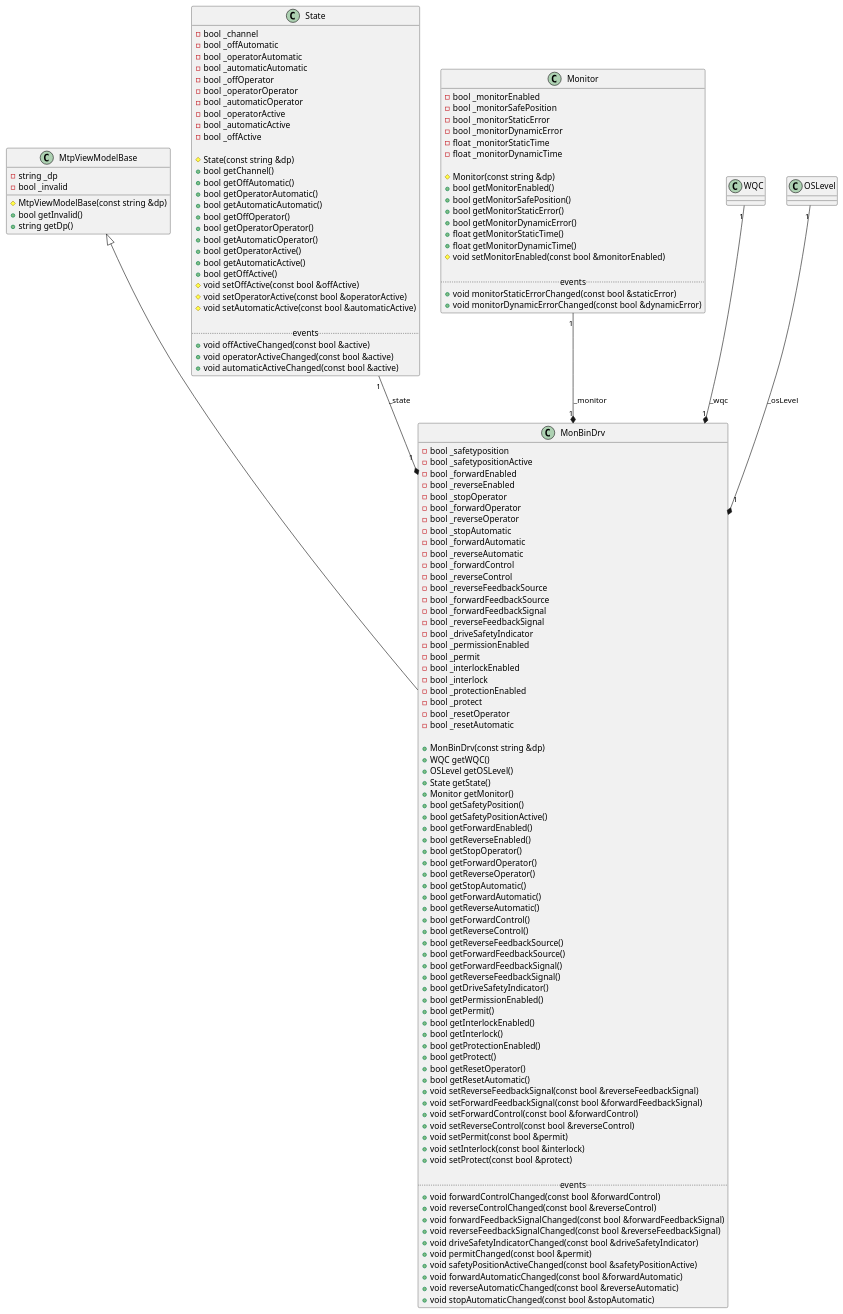
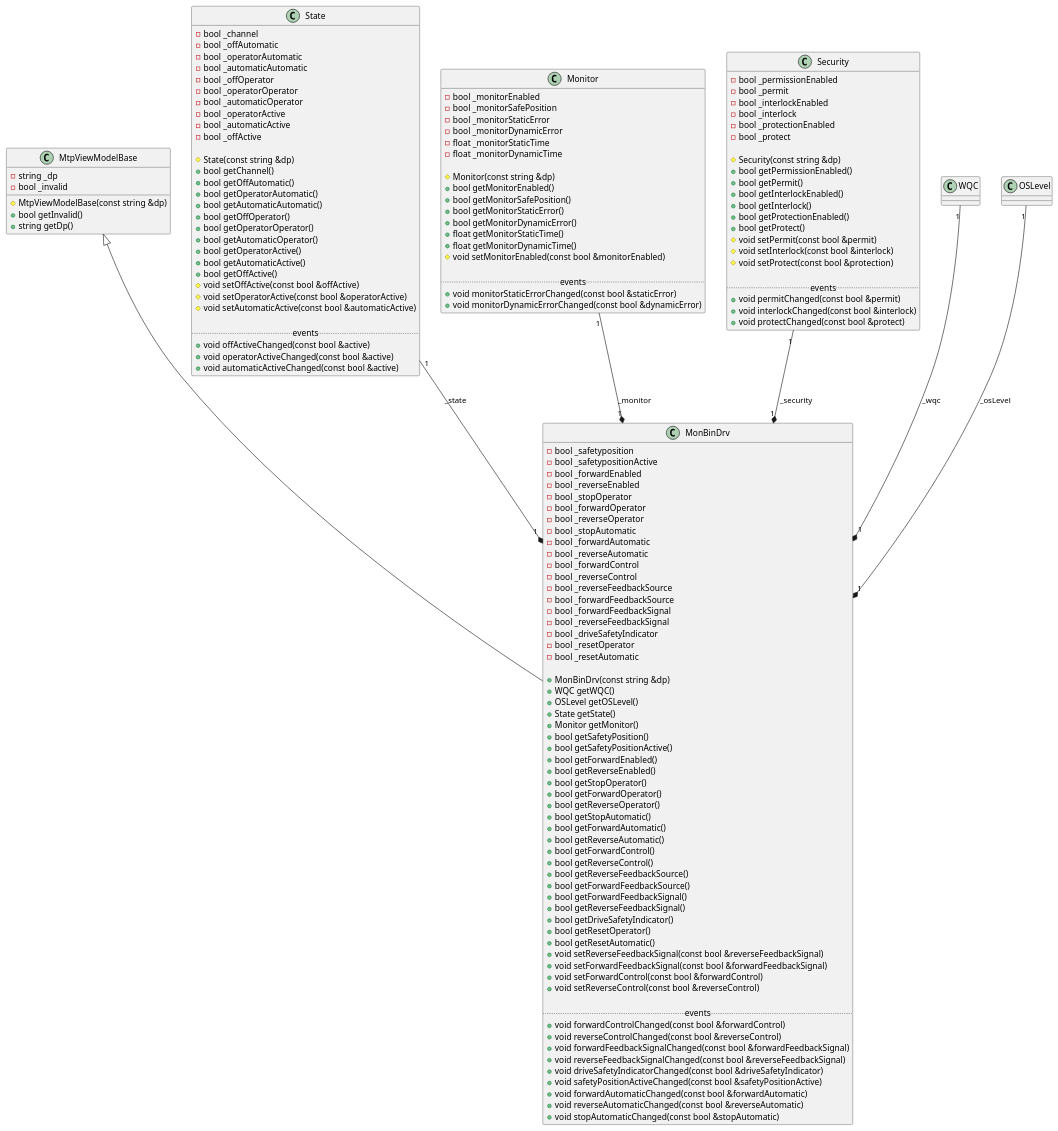
One commit to winccoa/winccoa-ae-ctrl-mtpimporter changed the diagram in source/MonBinDrv.puml. Above: the diagram before and after it, drawn with PlantUML. The commit also changed 2 other files, not shown here.

Commit message:
chore: added security class in classdiagrams

```diff
--- a/source/MonBinDrv.puml
+++ b/source/MonBinDrv.puml
@@ -1,153 +1,164 @@
 @startuml MonBinDrv
 
 class MtpViewModelBase {
     - string _dp
     - bool _invalid
 
     # MtpViewModelBase(const string &dp)
     + bool getInvalid()
     + string getDp()
 }
 
 class State
 {
     - bool _channel
     - bool _offAutomatic
     - bool _operatorAutomatic
     - bool _automaticAutomatic
     - bool _offOperator
     - bool _operatorOperator
     - bool _automaticOperator
     - bool _operatorActive
     - bool _automaticActive
     - bool _offActive
 
     # State(const string &dp)
     + bool getChannel()
     + bool getOffAutomatic()
     + bool getOperatorAutomatic()
     + bool getAutomaticAutomatic()
     + bool getOffOperator()
     + bool getOperatorOperator()
     + bool getAutomaticOperator()
     + bool getOperatorActive()
     + bool getAutomaticActive()
     + bool getOffActive()
     # void setOffActive(const bool &offActive)
     # void setOperatorActive(const bool &operatorActive)
     # void setAutomaticActive(const bool &automaticActive)
 
     ..events..
     + void offActiveChanged(const bool &active)
     + void operatorActiveChanged(const bool &active)
     + void automaticActiveChanged(const bool &active)
 }
 
 class Monitor
 {
     - bool _monitorEnabled
     - bool _monitorSafePosition
     - bool _monitorStaticError
     - bool _monitorDynamicError
     - float _monitorStaticTime
     - float _monitorDynamicTime
 
     # Monitor(const string &dp)
     + bool getMonitorEnabled()
     + bool getMonitorSafePosition()
     + bool getMonitorStaticError()
     + bool getMonitorDynamicError()
     + float getMonitorStaticTime()
     + float getMonitorDynamicTime()
     # void setMonitorEnabled(const bool &monitorEnabled)
 
     ..events..
     + void monitorStaticErrorChanged(const bool &staticError)
     + void monitorDynamicErrorChanged(const bool &dynamicError)
 }
 
+class Security
+{
+    - bool _permissionEnabled
+    - bool _permit
+    - bool _interlockEnabled
+    - bool _interlock
+    - bool _protectionEnabled
+    - bool _protect
+
+    # Security(const string &dp)
+    + bool getPermissionEnabled()
+    + bool getPermit()
+    + bool getInterlockEnabled()
+    + bool getInterlock()
+    + bool getProtectionEnabled()
+    + bool getProtect()
+    # void setPermit(const bool &permit)
+    # void setInterlock(const bool &interlock)
+    # void setProtect(const bool &protection)
+
+    ..events..
+    + void permitChanged(const bool &permit)
+    + void interlockChanged(const bool &interlock)
+    + void protectChanged(const bool &protect)
+}
+
 class MonBinDrv
 {
     - bool _safetyposition
     - bool _safetypositionActive
     - bool _forwardEnabled
     - bool _reverseEnabled
     - bool _stopOperator
     - bool _forwardOperator
     - bool _reverseOperator
     - bool _stopAutomatic
     - bool _forwardAutomatic
     - bool _reverseAutomatic
     - bool _forwardControl
     - bool _reverseControl
     - bool _reverseFeedbackSource
     - bool _forwardFeedbackSource
     - bool _forwardFeedbackSignal
     - bool _reverseFeedbackSignal
     - bool _driveSafetyIndicator
-    - bool _permissionEnabled
-    - bool _permit
-    - bool _interlockEnabled
-    - bool _interlock
-    - bool _protectionEnabled
-    - bool _protect
     - bool _resetOperator
     - bool _resetAutomatic
     
     + MonBinDrv(const string &dp)
     + WQC getWQC()
     + OSLevel getOSLevel()
     + State getState()
     + Monitor getMonitor()
     + bool getSafetyPosition()
     + bool getSafetyPositionActive()
     + bool getForwardEnabled()
     + bool getReverseEnabled()
     + bool getStopOperator()
     + bool getForwardOperator()
     + bool getReverseOperator()
     + bool getStopAutomatic()
     + bool getForwardAutomatic()
     + bool getReverseAutomatic()
     + bool getForwardControl()
     + bool getReverseControl()
     + bool getReverseFeedbackSource()
     + bool getForwardFeedbackSource()
     + bool getForwardFeedbackSignal()
     + bool getReverseFeedbackSignal()
     + bool getDriveSafetyIndicator()
-    + bool getPermissionEnabled()
-    + bool getPermit()
-    + bool getInterlockEnabled()
-    + bool getInterlock()
-    + bool getProtectionEnabled()
-    + bool getProtect()
     + bool getResetOperator()
     + bool getResetAutomatic()
     + void setReverseFeedbackSignal(const bool &reverseFeedbackSignal)
     + void setForwardFeedbackSignal(const bool &forwardFeedbackSignal)
     + void setForwardControl(const bool &forwardControl)
     + void setReverseControl(const bool &reverseControl)
-    + void setPermit(const bool &permit)
-    + void setInterlock(const bool &interlock)
-    + void setProtect(const bool &protect)
 
     ..events..
     + void forwardControlChanged(const bool &forwardControl)
     + void reverseControlChanged(const bool &reverseControl)
     + void forwardFeedbackSignalChanged(const bool &forwardFeedbackSignal)
     + void reverseFeedbackSignalChanged(const bool &reverseFeedbackSignal)
     + void driveSafetyIndicatorChanged(const bool &driveSafetyIndicator)
-    + void permitChanged(const bool &permit)
     + void safetyPositionActiveChanged(const bool &safetyPositionActive)
     + void forwardAutomaticChanged(const bool &forwardAutomatic)
     + void reverseAutomaticChanged(const bool &reverseAutomatic)
     + void stopAutomaticChanged(const bool &stopAutomatic)
 }
 
 MtpViewModelBase <|-- MonBinDrv
 WQC "1" --* "1" MonBinDrv : _wqc
 OSLevel "1" --* "1" MonBinDrv : _osLevel
 State "1" --* "1" MonBinDrv : _state
 Monitor "1" --* "1" MonBinDrv : _monitor
+Security "1" --* "1" MonBinDrv : _security
 @enduml
```
